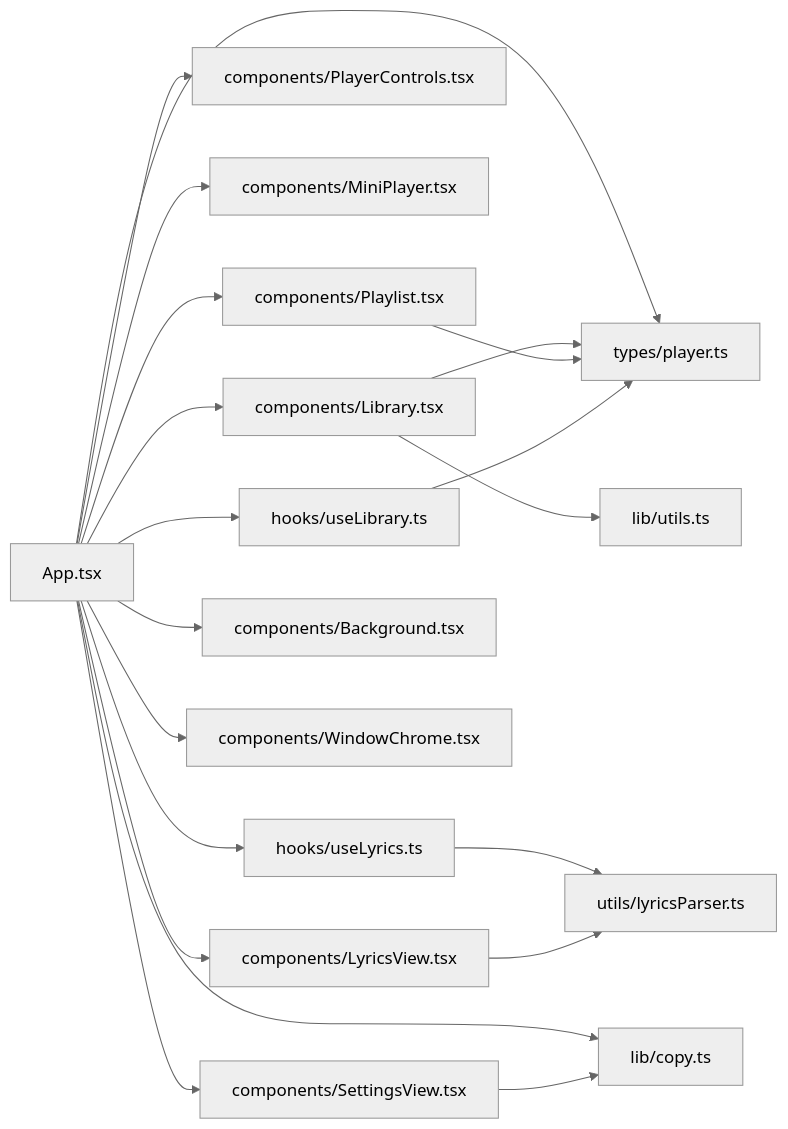
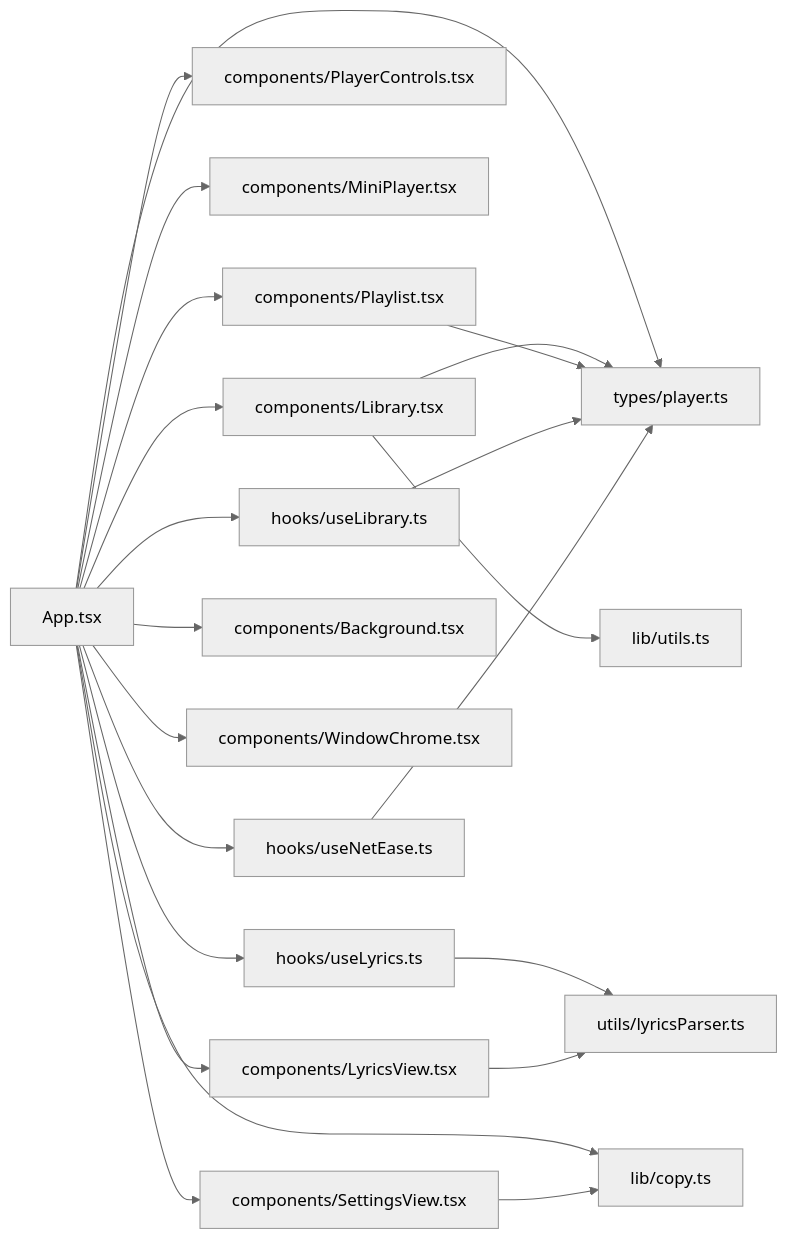
The second of 4 diagrams in DOCUMENT.md (LingYuWings/Radiflow-Player), drawn with Mermaid (neutral theme) before and after one commit. The commit also changed other lines of this file and 41 other files, not shown here.

First line of the commit message:
Integrate NetEase service and update docs

````diff
--- a/DOCUMENT.md
+++ b/DOCUMENT.md
@@ -82,22 +82,24 @@
 ```mermaid
 flowchart LR
   App[App.tsx] --> Library[components/Library.tsx]
   App --> PlayerControls[components/PlayerControls.tsx]
   App --> MiniPlayer[components/MiniPlayer.tsx]
   App --> Playlist[components/Playlist.tsx]
   App --> LyricsView[components/LyricsView.tsx]
   App --> SettingsView[components/SettingsView.tsx]
   App --> Background[components/Background.tsx]
   App --> WindowChrome[components/WindowChrome.tsx]
   App --> useLibrary[hooks/useLibrary.ts]
   App --> useLyrics[hooks/useLyrics.ts]
+  App --> useNetEase[hooks/useNetEase.ts]
   App --> PlayerTypes[types/player.ts]
   Library --> PlayerTypes
   Playlist --> PlayerTypes
   useLibrary --> PlayerTypes
   useLyrics --> LyricsParser[utils/lyricsParser.ts]
+  useNetEase --> PlayerTypes
   LyricsView --> LyricsParser
   App --> Copy[lib/copy.ts]
   Library --> Utils[lib/utils.ts]
   SettingsView --> Copy
 ```
````
